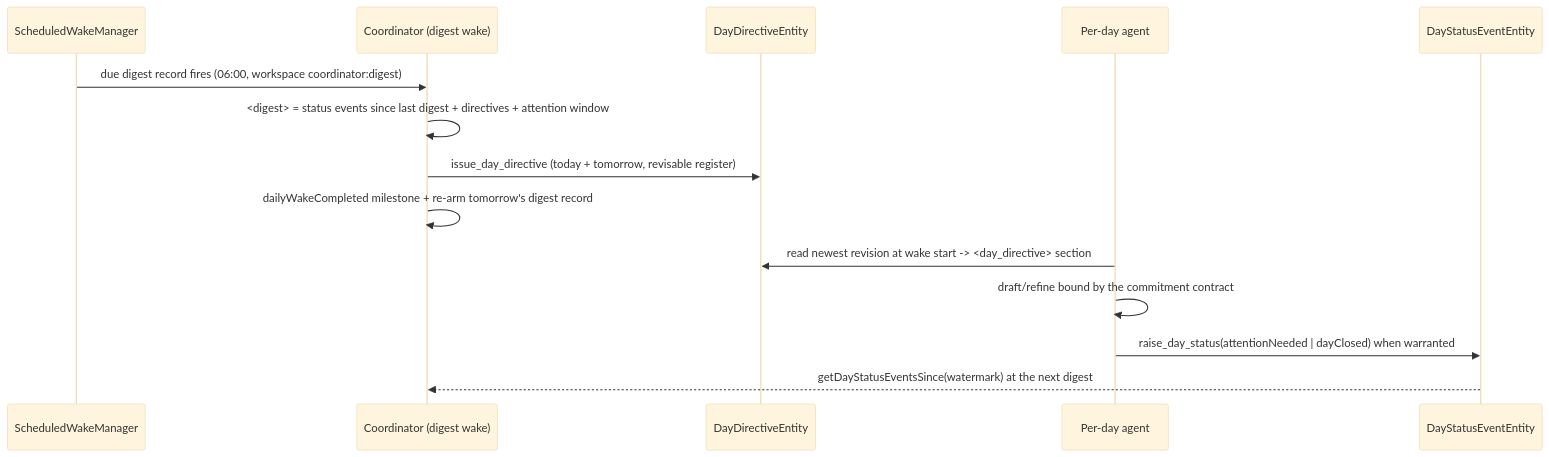
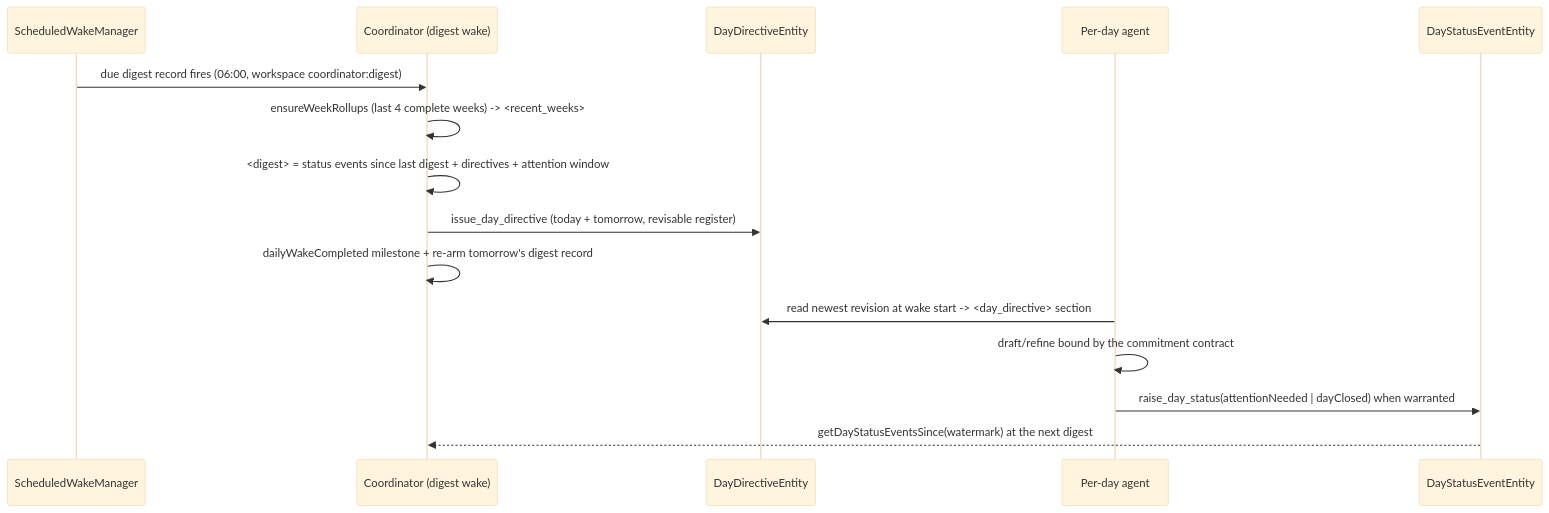
The fifth of 14 diagrams in lib/features/daily_os_next/README.md (matthiasn/lotti), drawn with Mermaid (base theme) before and after one commit. The commit also changed other lines of this file and 26 other files, not shown here.

````diff
--- a/lib/features/daily_os_next/README.md
+++ b/lib/features/daily_os_next/README.md
@@ -305,17 +305,18 @@
 ```mermaid
 sequenceDiagram
   participant SWM as ScheduledWakeManager
   participant Coord as Coordinator (digest wake)
   participant Dir as DayDirectiveEntity
   participant Day as Per-day agent
   participant Status as DayStatusEventEntity
 
   SWM->>Coord: due digest record fires (06:00, workspace coordinator:digest)
+  Coord->>Coord: ensureWeekRollups (last 4 complete weeks) -> <recent_weeks>
   Coord->>Coord: <digest> = status events since last digest + directives + attention window
   Coord->>Dir: issue_day_directive (today + tomorrow, revisable register)
   Coord->>Coord: dailyWakeCompleted milestone + re-arm tomorrow's digest record
   Day->>Dir: read newest revision at wake start -> <day_directive> section
   Day->>Day: draft/refine bound by the commitment contract
   Day->>Status: raise_day_status(attentionNeeded | dayClosed) when warranted
   Status-->>Coord: getDayStatusEventsSince(watermark) at the next digest
 ```
````
